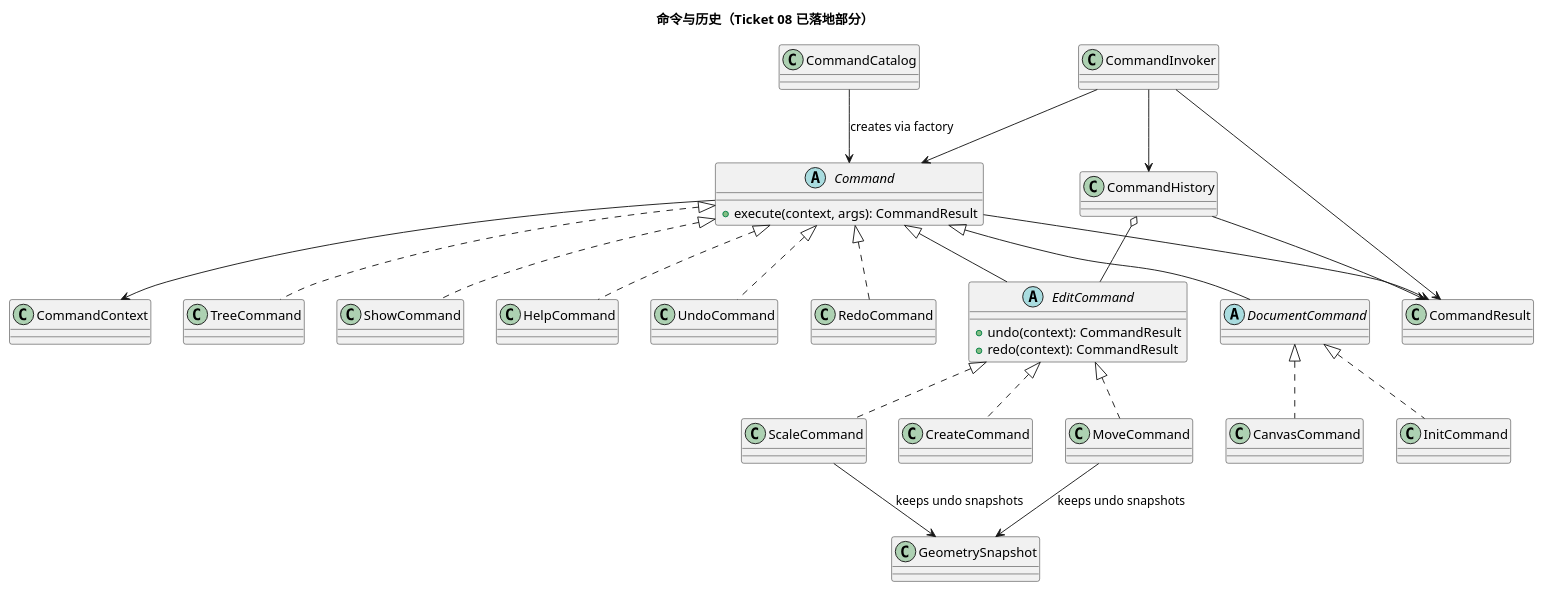
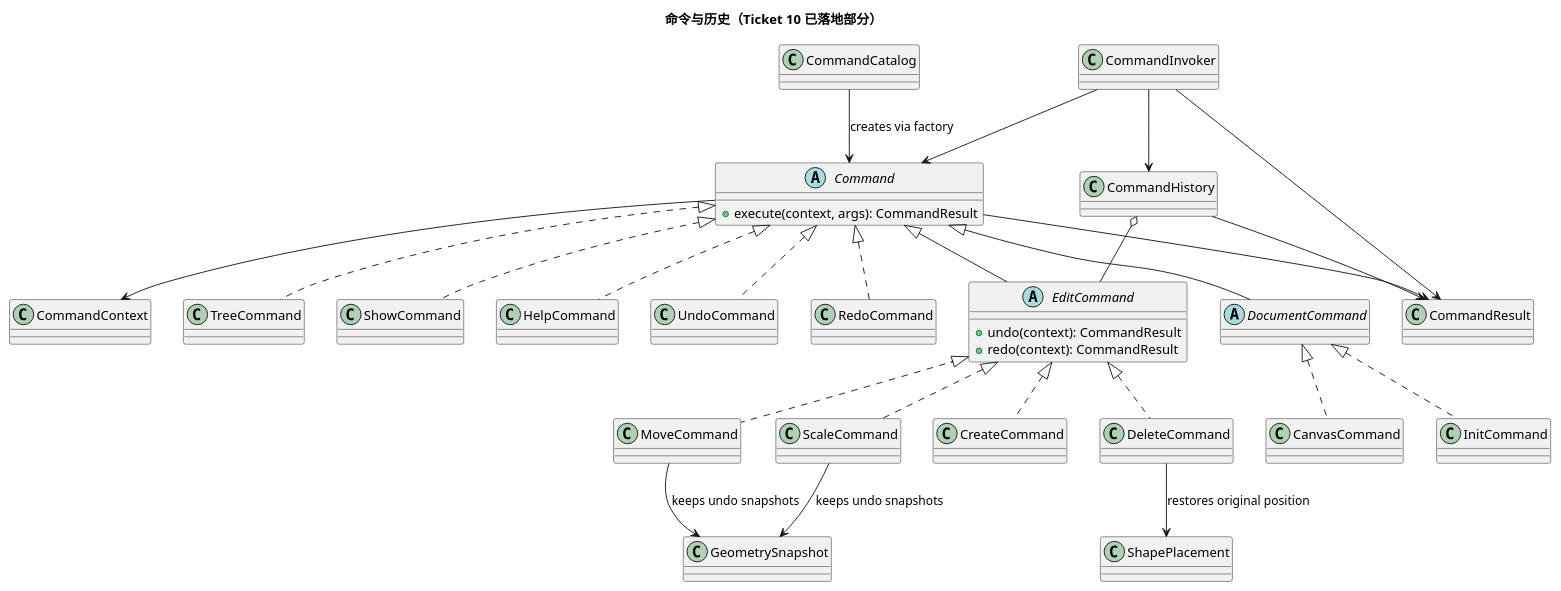
One commit to NQC233/svg-editor-lab1 changed the second of 2 diagrams in doc/class-model.puml. Above: the diagram before and after it, drawn with PlantUML. The commit also changed other lines of this file and 6 other files, not shown here.

Commit message:
docs: record ticket 10 delete and restore behavior

```diff
--- a/doc/class-model.puml
+++ b/doc/class-model.puml
@@ -76,55 +82,59 @@
 @startuml
-title 命令与历史（Ticket 08 已落地部分）
+title 命令与历史（Ticket 10 已落地部分）
 
 abstract class Command {
   +execute(context, args): CommandResult
 }
 
 abstract class DocumentCommand
 
 abstract class EditCommand {
   +undo(context): CommandResult
   +redo(context): CommandResult
 }
 
 class CommandResult
 class CommandCatalog
 class CommandInvoker
 class CommandHistory
 class CommandContext
+class ShapePlacement
 
 class CreateCommand
+class DeleteCommand
 class MoveCommand
 class ScaleCommand
 class CanvasCommand
 class InitCommand
 class TreeCommand
 class ShowCommand
 class HelpCommand
 class UndoCommand
 class RedoCommand
 
 Command <|-- EditCommand
 Command <|-- DocumentCommand
 EditCommand <|.. CreateCommand
+EditCommand <|.. DeleteCommand
 EditCommand <|.. MoveCommand
 EditCommand <|.. ScaleCommand
 DocumentCommand <|.. CanvasCommand
 DocumentCommand <|.. InitCommand
 Command <|.. TreeCommand
 Command <|.. ShowCommand
 Command <|.. HelpCommand
 Command <|.. UndoCommand
 Command <|.. RedoCommand
 
 CommandInvoker --> CommandHistory
 CommandInvoker --> Command
 CommandInvoker --> CommandResult
 CommandCatalog --> Command : creates via factory
 CommandHistory o-- EditCommand
 CommandHistory --> CommandResult
 Command --> CommandContext
 Command --> CommandResult
+DeleteCommand --> ShapePlacement : restores original position
 MoveCommand --> GeometrySnapshot : keeps undo snapshots
 ScaleCommand --> GeometrySnapshot : keeps undo snapshots
 @enduml
```
